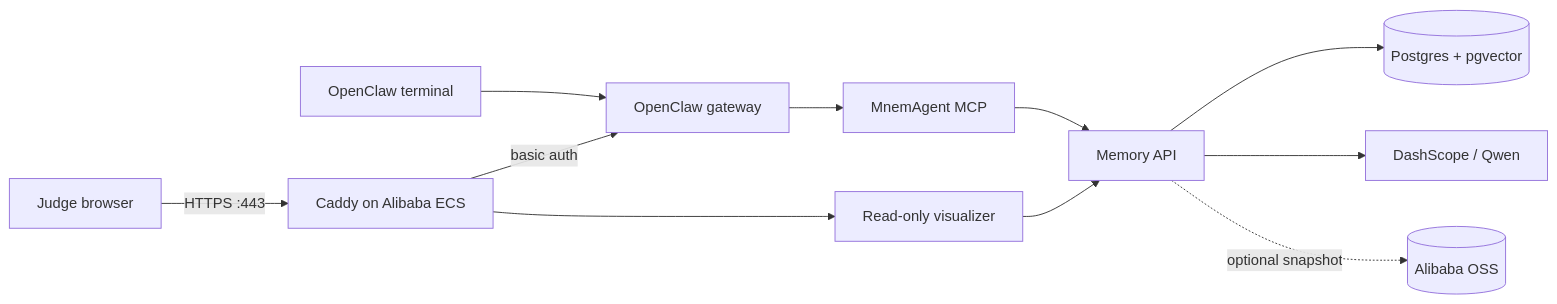
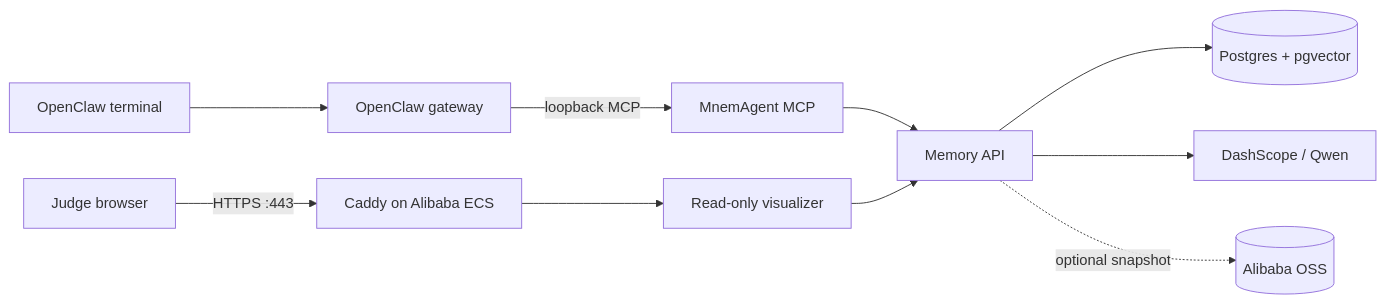
Before and after one commit to crankysmh47/MnemAgent: the diagram in docs/ARCHITECTURE.md, drawn with Mermaid. The commit also changed other lines of this file and 7 other files, not shown here.

````diff
--- a/docs/ARCHITECTURE.md
+++ b/docs/ARCHITECTURE.md
@@ -223,13 +223,12 @@
 ```mermaid
 flowchart LR
   J["Judge browser"] -->|"HTTPS :443"| C["Caddy on Alibaba ECS"]
   T["OpenClaw terminal"] --> O["OpenClaw gateway"]
   C --> V["Read-only visualizer"]
-  C -->|"basic auth"| O
-  O --> M["MnemAgent MCP"]
+  O -->|"loopback MCP"| M["MnemAgent MCP"]
   M --> A["Memory API"]
   V --> A
   A --> P[("Postgres + pgvector")]
   A --> Q["DashScope / Qwen"]
   A -. "optional snapshot" .-> S[("Alibaba OSS")]
 ```
````
